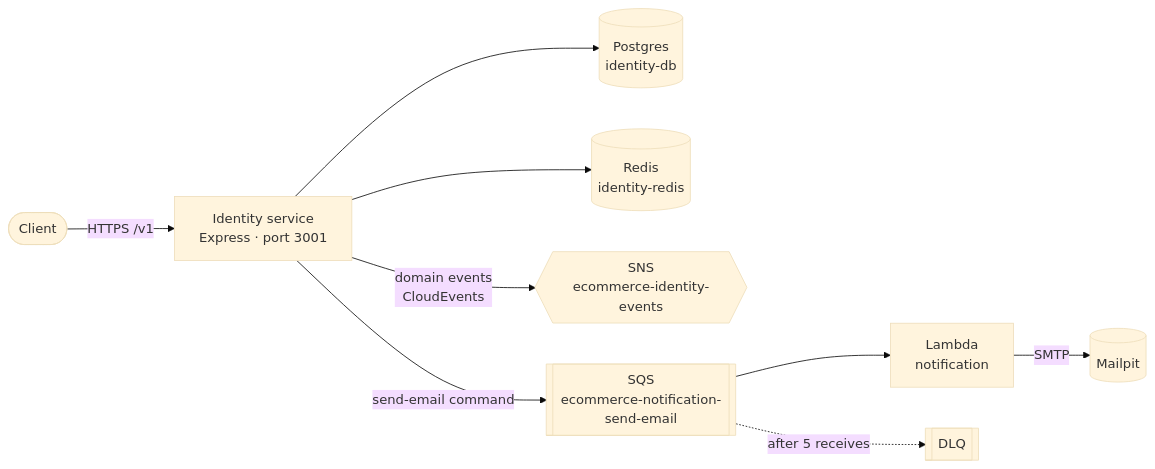
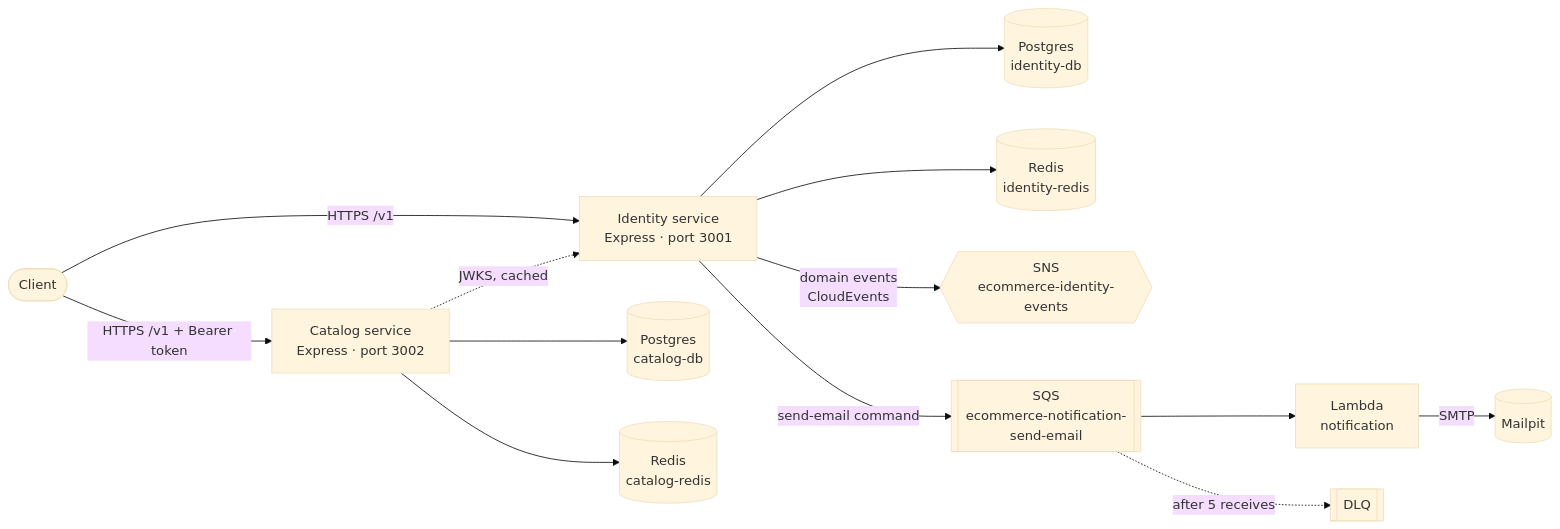
One commit to MorettiLeonardo/distributed-microservices-commerce-ecosystem changed the diagram in README.md. Above: the diagram before and after it, drawn with Mermaid (base theme). The commit also changed other lines of this file, not shown here.

Commit message:
docs: update readme with catalog domain, shared packages and token verification

````diff
--- a/README.md
+++ b/README.md
@@ -7,13 +7,17 @@
 ```mermaid
 flowchart LR
     client([Client]) -->|HTTPS /v1| identity[Identity service<br/>Express · port 3001]
+    client -->|HTTPS /v1 + Bearer token| catalog[Catalog service<br/>Express · port 3002]
 
     identity --> pg[(Postgres<br/>identity-db)]
     identity --> redis[(Redis<br/>identity-redis)]
+    catalog --> cpg[(Postgres<br/>catalog-db)]
+    catalog --> credis[(Redis<br/>catalog-redis)]
+    catalog -.->|JWKS, cached| identity
     identity -->|domain events<br/>CloudEvents| sns{{SNS<br/>ecommerce-identity-events}}
     identity -->|send-email command| sqs[[SQS<br/>ecommerce-notification-send-email]]
 
     sqs --> lambda[Lambda<br/>notification]
     sqs -.->|after 5 receives| dlq[[DLQ]]
     lambda -->|SMTP| mail[(Mailpit)]
 ```
````
